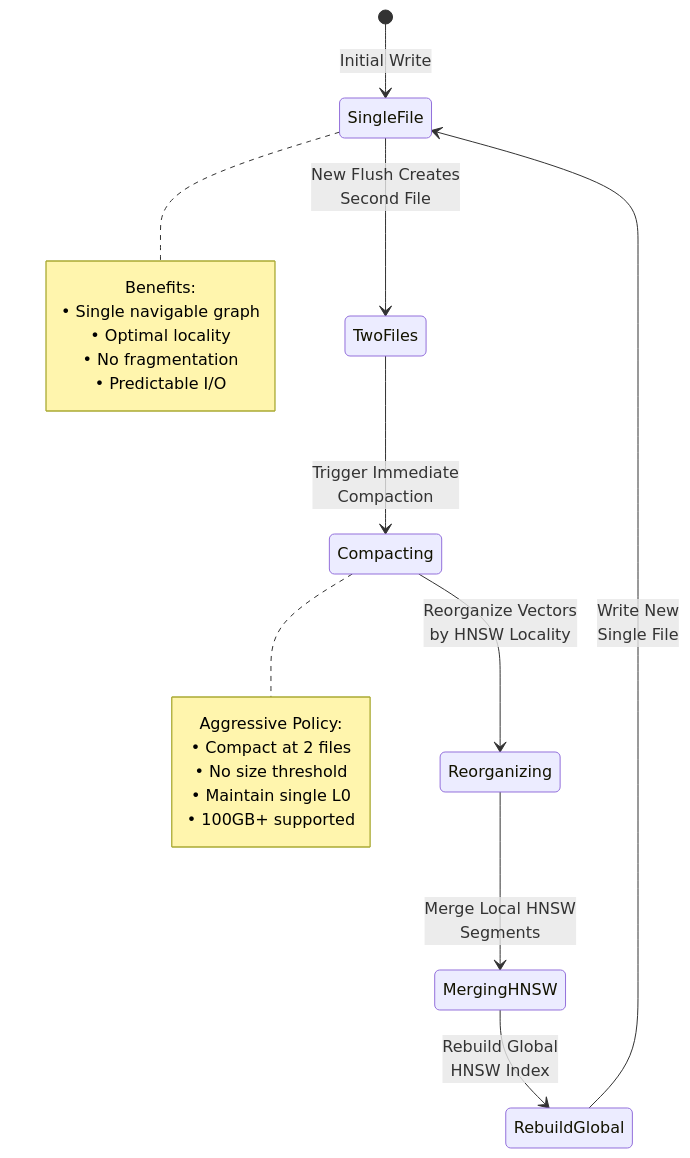
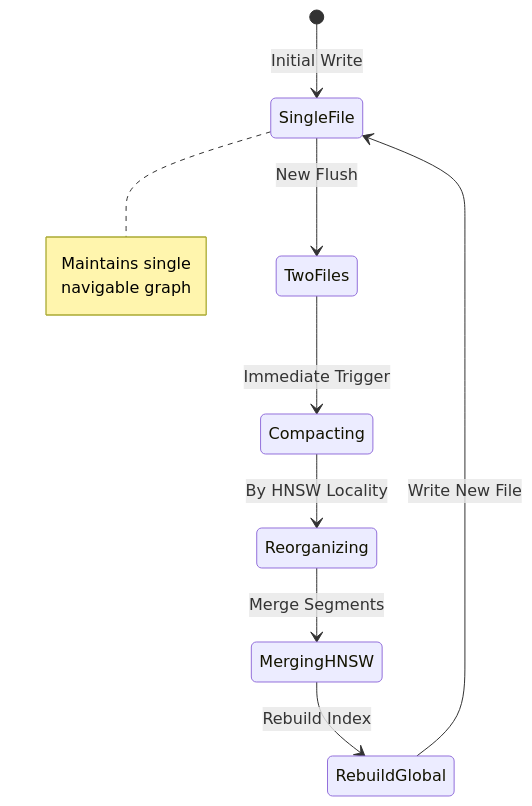
The third of 5 diagrams in docs/raptor_engine_design_spec.md (vjsingh1984/proximaDB), drawn with Mermaid before and after one commit. The commit also changed other lines of this file and 2 other files, not shown here.

````diff
--- a/docs/raptor_engine_design_spec.md
+++ b/docs/raptor_engine_design_spec.md
@@ -118,32 +92,15 @@
 ```mermaid
 stateDiagram-v2
     [*] --> SingleFile: Initial Write
-    
-    SingleFile --> TwoFiles: New Flush Creates<br/>Second File
-    
-    TwoFiles --> Compacting: Trigger Immediate<br/>Compaction
-    
-    Compacting --> Reorganizing: Reorganize Vectors<br/>by HNSW Locality
-    
-    Reorganizing --> MergingHNSW: Merge Local HNSW<br/>Segments
-    
-    MergingHNSW --> RebuildGlobal: Rebuild Global<br/>HNSW Index
-    
-    RebuildGlobal --> SingleFile: Write New<br/>Single File
+    SingleFile --> TwoFiles: New Flush
+    TwoFiles --> Compacting: Immediate Trigger
+    Compacting --> Reorganizing: By HNSW Locality
+    Reorganizing --> MergingHNSW: Merge Segments
+    MergingHNSW --> RebuildGlobal: Rebuild Index
+    RebuildGlobal --> SingleFile: Write New File
     
     note right of SingleFile
-        Benefits:
-        • Single navigable graph
-        • Optimal locality
-        • No fragmentation
-        • Predictable I/O
-    end note
-    
-    note right of Compacting
-        Aggressive Policy:
-        • Compact at 2 files
-        • No size threshold
-        • Maintain single L0
-        • 100GB+ supported
+        Maintains single
+        navigable graph
     end note
 ```
````
